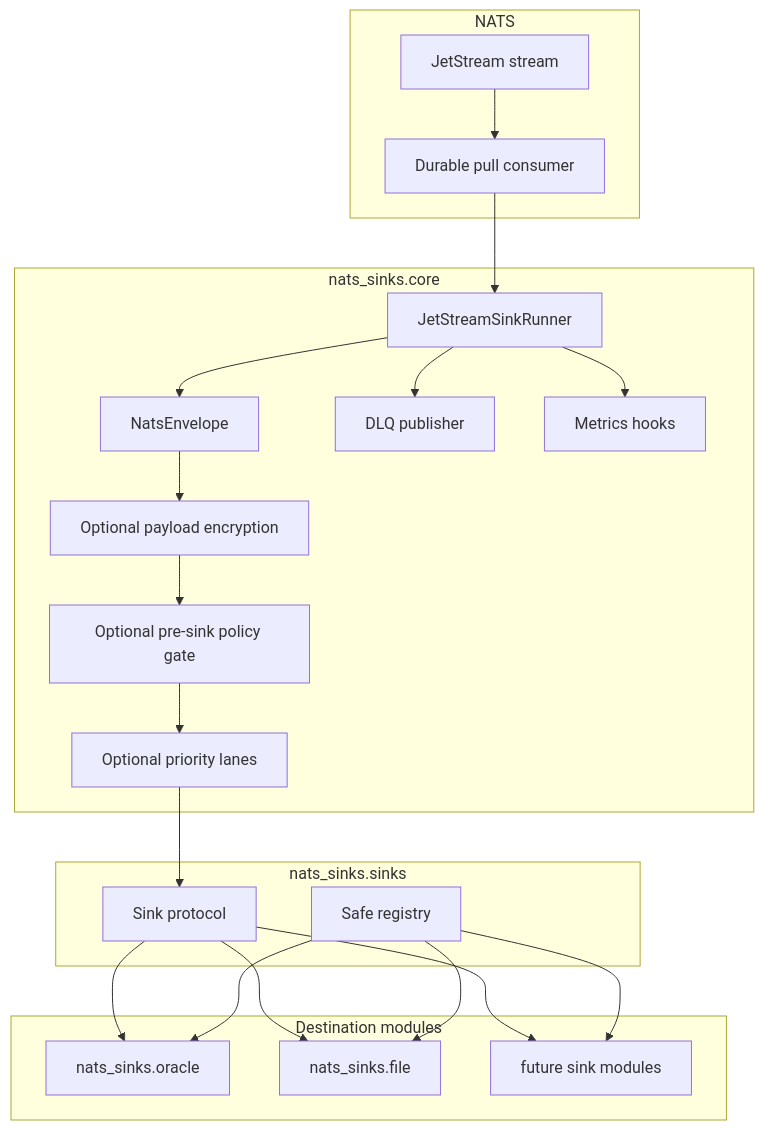
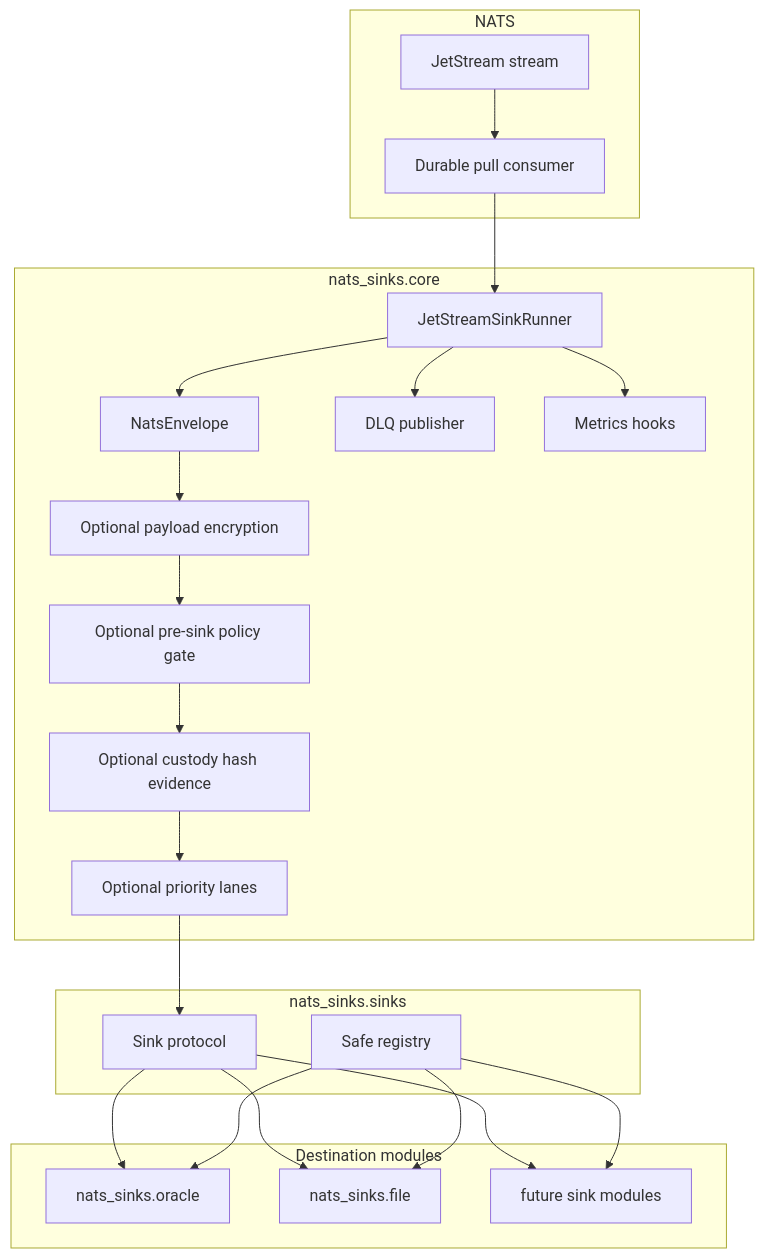
One commit to ProjectCuillin/nats-sinks changed the diagram in docs/architecture.md. Above: the diagram before and after it, drawn with Mermaid. The commit also changed other lines of this file and 31 other files, not shown here.

````diff
--- a/docs/architecture.md
+++ b/docs/architecture.md
@@ -30,39 +30,40 @@
 ```mermaid
 flowchart TB
     subgraph NATS
         Stream[JetStream stream]
         Consumer[Durable pull consumer]
     end
 
     subgraph Core[nats_sinks.core]
         Runner[JetStreamSinkRunner]
         Envelope[NatsEnvelope]
         Encrypt[Optional payload encryption]
         Policy[Optional pre-sink policy gate]
+        Custody[Optional custody hash evidence]
         Priority[Optional priority lanes]
         DLQ[DLQ publisher]
         Metrics[Metrics hooks]
     end
 
     subgraph Sinks[nats_sinks.sinks]
         Protocol[Sink protocol]
         Registry[Safe registry]
     end
 
     subgraph Destinations[Destination modules]
         Oracle[nats_sinks.oracle]
         File[nats_sinks.file]
         Future[future sink modules]
     end
 
     Stream --> Consumer --> Runner
-    Runner --> Envelope --> Encrypt --> Policy --> Priority --> Protocol
+    Runner --> Envelope --> Encrypt --> Policy --> Custody --> Priority --> Protocol
     Protocol --> Oracle
     Protocol --> File
     Protocol --> Future
     Runner --> DLQ
     Runner --> Metrics
     Registry --> Oracle
     Registry --> File
     Registry --> Future
 ```
````
